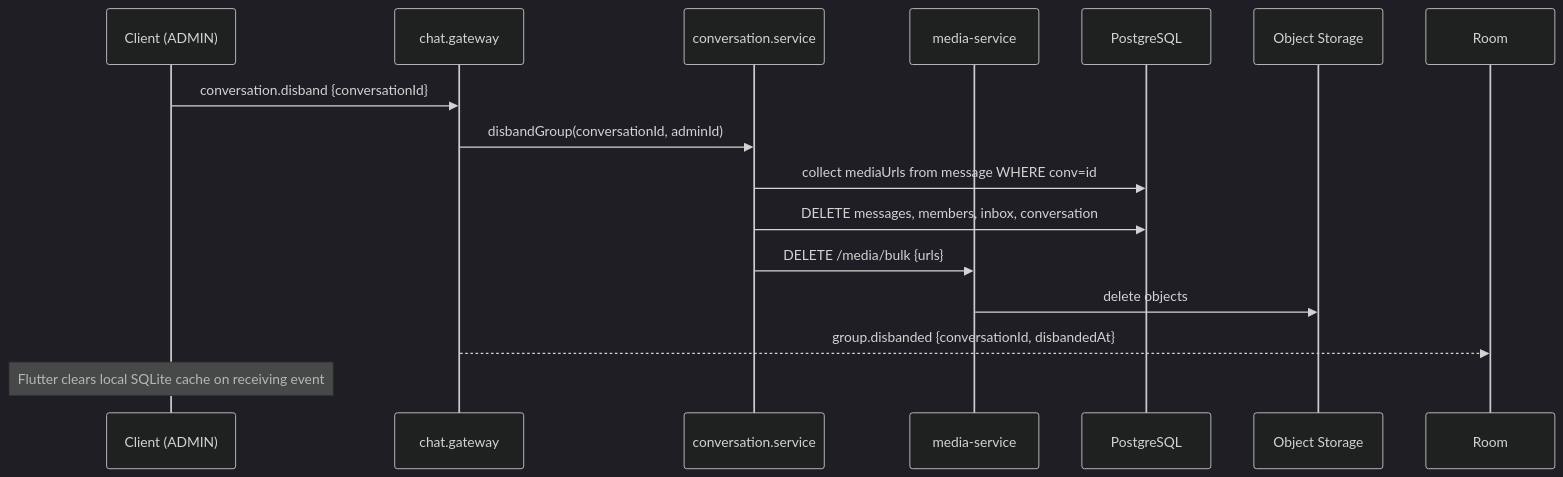
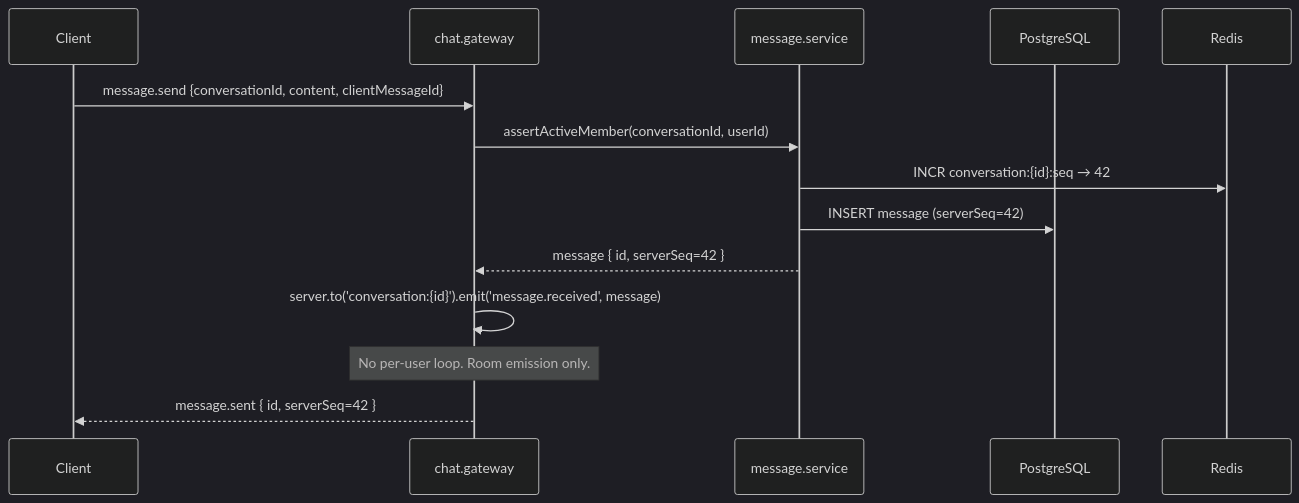
Before and after one commit to CNM-DHKTPM18A-2526/CNM-VNALO: the second of 2 diagrams in docs/sdd/layer-2/MODULE_SPEC_CHAT.md, drawn with Mermaid (dark theme). The commit also changed other lines of this file and 7 other files, not shown here.

````diff
--- a/docs/sdd/layer-2/MODULE_SPEC_CHAT.md
+++ b/docs/sdd/layer-2/MODULE_SPEC_CHAT.md
@@ -180,18 +474,17 @@
 ```mermaid
 sequenceDiagram
-  participant C as Client (ADMIN)
+  participant C as Client
   participant GW as chat.gateway
-  participant CS as conversation.service
-  participant MS as media-service
+  participant CS as message.service
   participant DB as PostgreSQL
-  participant S3 as Object Storage
+  participant Redis as Redis
 
-  C->>GW: conversation.disband {conversationId}
-  GW->>CS: disbandGroup(conversationId, adminId)
-  CS->>DB: collect mediaUrls from message WHERE conv=id
-  CS->>DB: DELETE messages, members, inbox, conversation
-  CS->>MS: DELETE /media/bulk {urls}
-  MS->>S3: delete objects
-  GW-->>Room: group.disbanded {conversationId, disbandedAt}
-  Note over C: Flutter clears local SQLite cache on receiving event
+  C->>GW: message.send {conversationId, content, clientMessageId}
+  GW->>CS: assertActiveMember(conversationId, userId)
+  CS->>Redis: INCR conversation:{id}:seq → 42
+  CS->>DB: INSERT message (serverSeq=42)
+  CS-->>GW: message { id, serverSeq=42 }
+  GW->>GW: server.to('conversation:{id}').emit('message.received', message)
+  Note over GW: No per-user loop. Room emission only.
+  GW-->>C: message.sent { id, serverSeq=42 }
 ```
````
